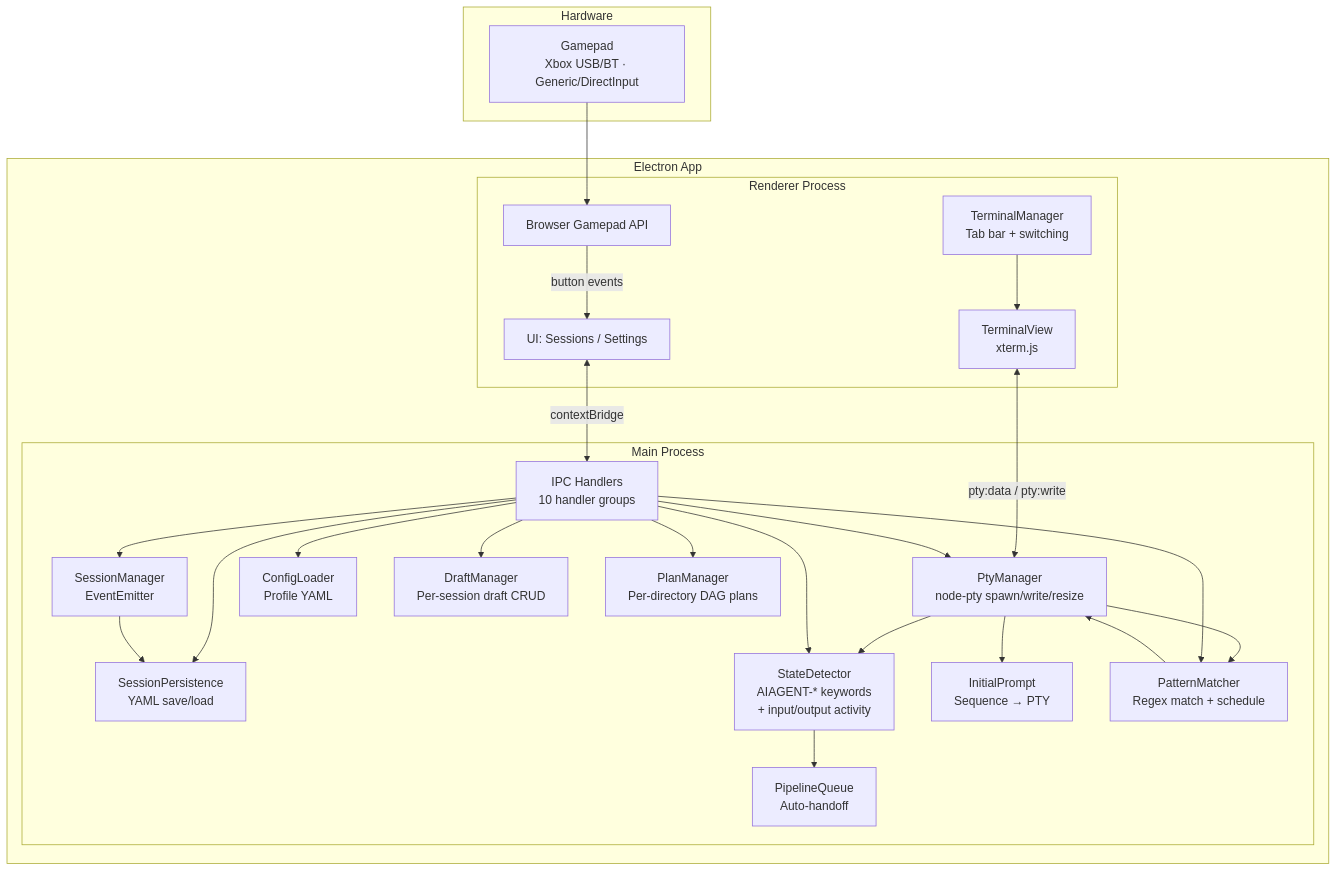
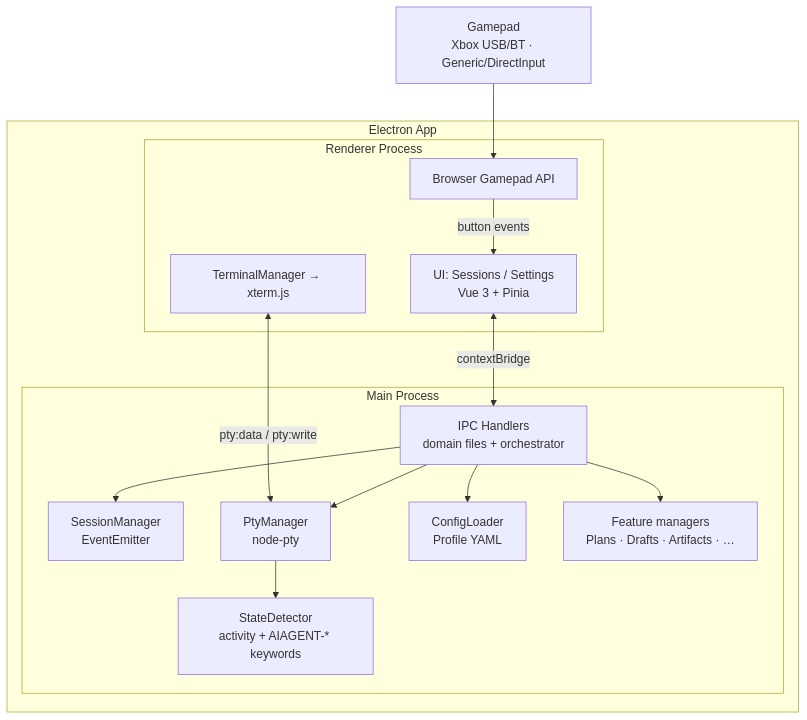
Before and after one commit to PetePeter/gamepad-cli-hub: the diagram in CLAUDE.md, drawn with Mermaid. The commit also changed other lines of this file and 8 other files, not shown here.

````diff
--- a/CLAUDE.md
+++ b/CLAUDE.md
@@ -9,50 +11,29 @@
 ```mermaid
 graph TB
-    subgraph Hardware
-        XC[Gamepad<br/>Xbox USB/BT · Generic/DirectInput]
-    end
+    XC[Gamepad<br/>Xbox USB/BT · Generic/DirectInput]
 
     subgraph "Electron App"
         subgraph "Renderer Process"
-            UI[UI: Sessions / Settings]
+            UI[UI: Sessions / Settings<br/>Vue 3 + Pinia]
             BGA[Browser Gamepad API]
-            TM[TerminalManager<br/>Tab bar + switching]
-            TV[TerminalView<br/>xterm.js]
+            TV[TerminalManager → xterm.js]
         end
 
         subgraph "Main Process"
-            IPC[IPC Handlers<br/>10 handler groups]
+            IPC[IPC Handlers<br/>domain files + orchestrator]
             SM[SessionManager<br/>EventEmitter]
-            SP[SessionPersistence<br/>YAML save/load]
-            PTY[PtyManager<br/>node-pty spawn/write/resize]
-            SD[StateDetector<br/>AIAGENT-* keywords<br/>+ input/output activity]
-            PQ[PipelineQueue<br/>Auto-handoff]
-            IP[InitialPrompt<br/>Sequence → PTY]
+            PTY[PtyManager<br/>node-pty]
+            SD[StateDetector<br/>activity + AIAGENT-* keywords]
             CL[ConfigLoader<br/>Profile YAML]
-            DM[DraftManager<br/>Per-session draft CRUD]
-            PM[PlanManager<br/>Per-directory DAG plans]
-            PMATCH[PatternMatcher<br/>Regex match + schedule]
+            FEAT[Feature managers<br/>Plans · Drafts · Artifacts · …]
         end
 
         UI <-->|contextBridge| IPC
         BGA -->|button events| UI
-        TM --> TV
         TV <-->|pty:data / pty:write| PTY
     end
 
     XC --> BGA
-    IPC --> SM
-    IPC --> SP
-    IPC --> PTY
-    IPC --> CL
-    IPC --> DM
-    IPC --> PM
-    SM --> SP
+    IPC --> SM & PTY & CL & FEAT
     PTY --> SD
-    IPC --> SD
-    SD --> PQ
-    PTY --> IP
-    PTY --> PMATCH
-    IPC --> PMATCH
-    PMATCH --> PTY
 ```
````
